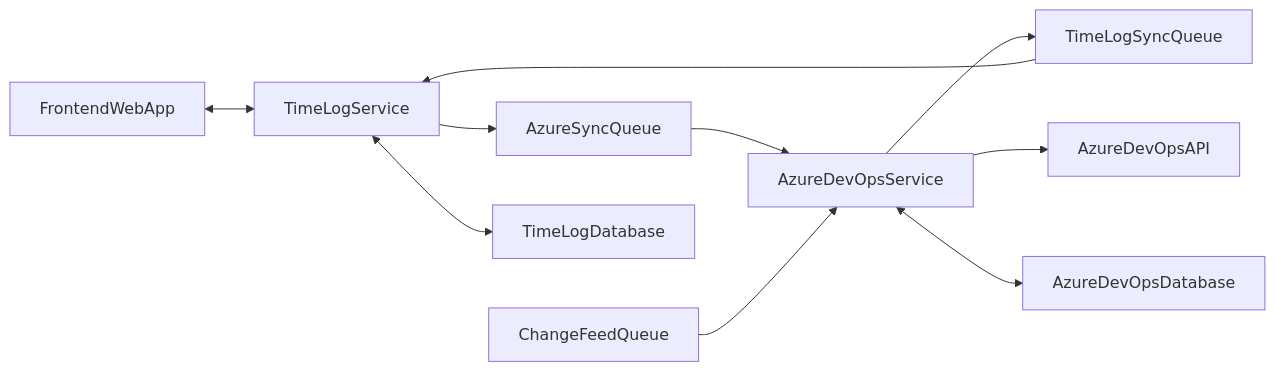
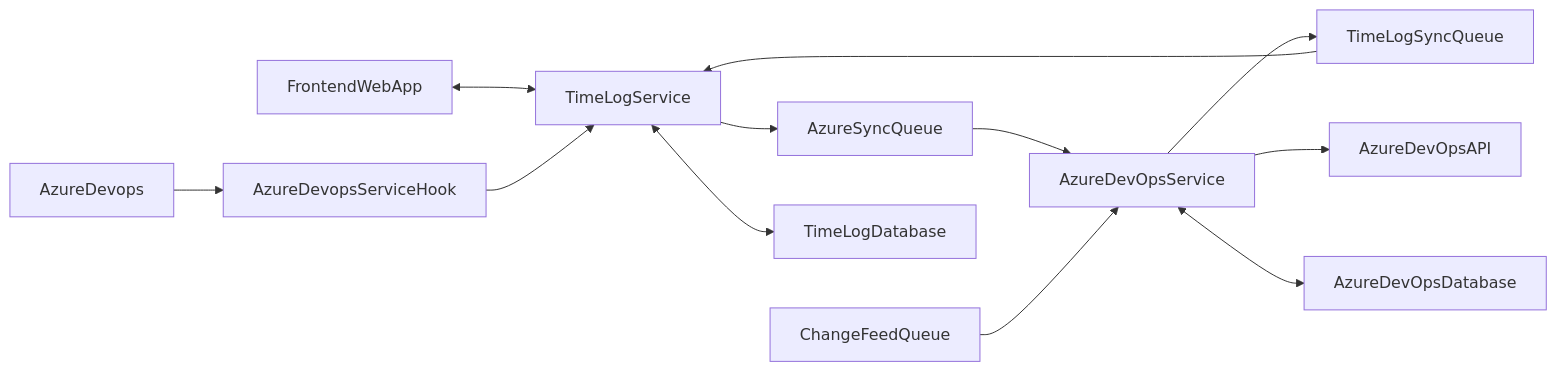
One commit to TunNetCom/TunNetCom-AionTime changed the diagram in README.md. Above: the diagram before and after it, drawn with Mermaid.

Commit message:
Update README.md
Add ServiceWebhook

````diff
--- a/README.md
+++ b/README.md
@@ -15,12 +15,14 @@
 ```mermaid
 flowchart LR;
     FrontendWebApp <--> TimeLogService;
     TimeLogService --> AzureSyncQueue;
     AzureSyncQueue --> AzureDevOpsService;
     AzureDevOpsService --> TimeLogSyncQueue;
     TimeLogSyncQueue --> TimeLogService;
     ChangeFeedQueue --> AzureDevOpsService;
     AzureDevOpsService --> AzureDevOpsAPI;
     AzureDevOpsService <--> AzureDevOpsDatabase;
     TimeLogService <--> TimeLogDatabase;
+    AzureDevops --> AzureDevopsServiceHook;
+    AzureDevopsServiceHook --> TimeLogService
 ```
````
